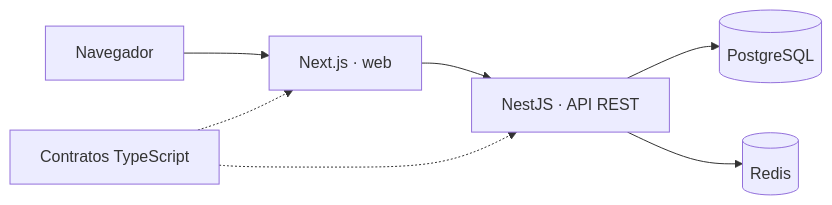
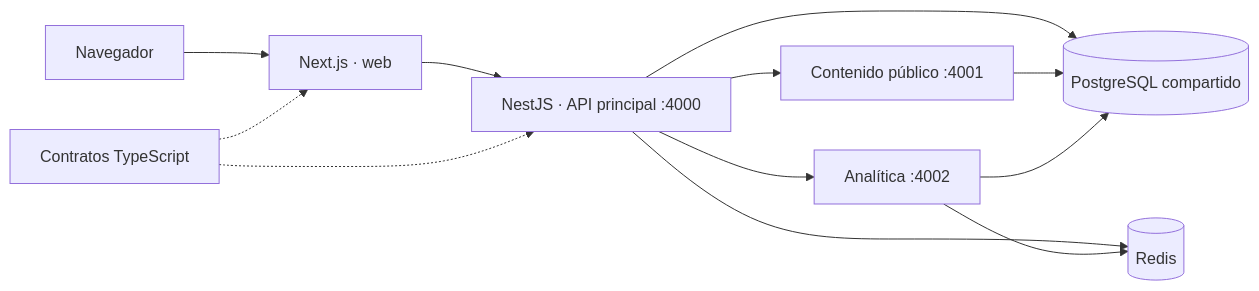
Before and after one commit to KevinTapiaAli/E-SAPIENS: the diagram in README.md, drawn with Mermaid. The commit also changed other lines of this file and 29 other files, not shown here.

````diff
--- a/README.md
+++ b/README.md
@@ -56,9 +57,14 @@
 ```mermaid
 flowchart LR
     Browser[Navegador] --> Web[Next.js · web]
-    Web --> API[NestJS · API REST]
-    API --> DB[(PostgreSQL)]
+    Web --> API[NestJS · API principal :4000]
+    API --> Content[Contenido público :4001]
+    API --> Analytics[Analítica :4002]
+    API --> DB[(PostgreSQL compartido)]
+    Content --> DB
+    Analytics --> DB
     API --> Redis[(Redis)]
+    Analytics --> Redis
     Contracts[Contratos TypeScript] -.-> Web
     Contracts -.-> API
 ```
````
